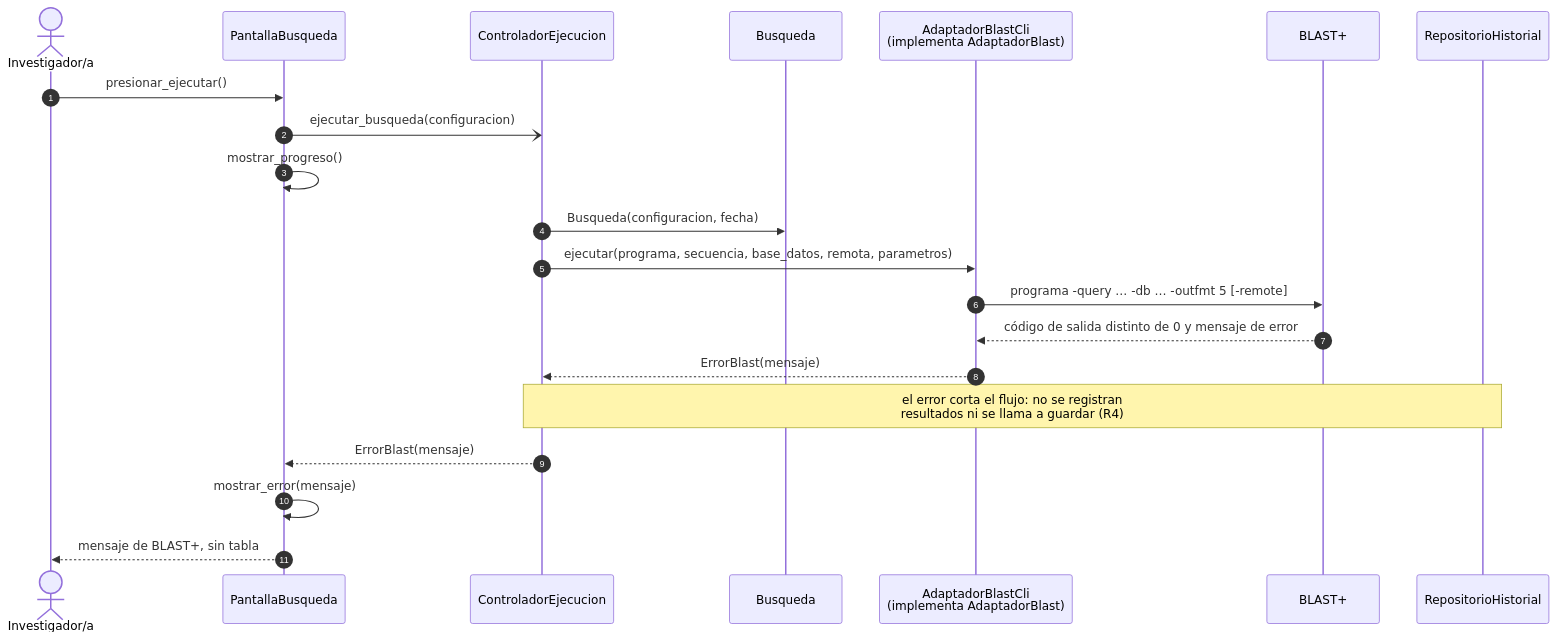
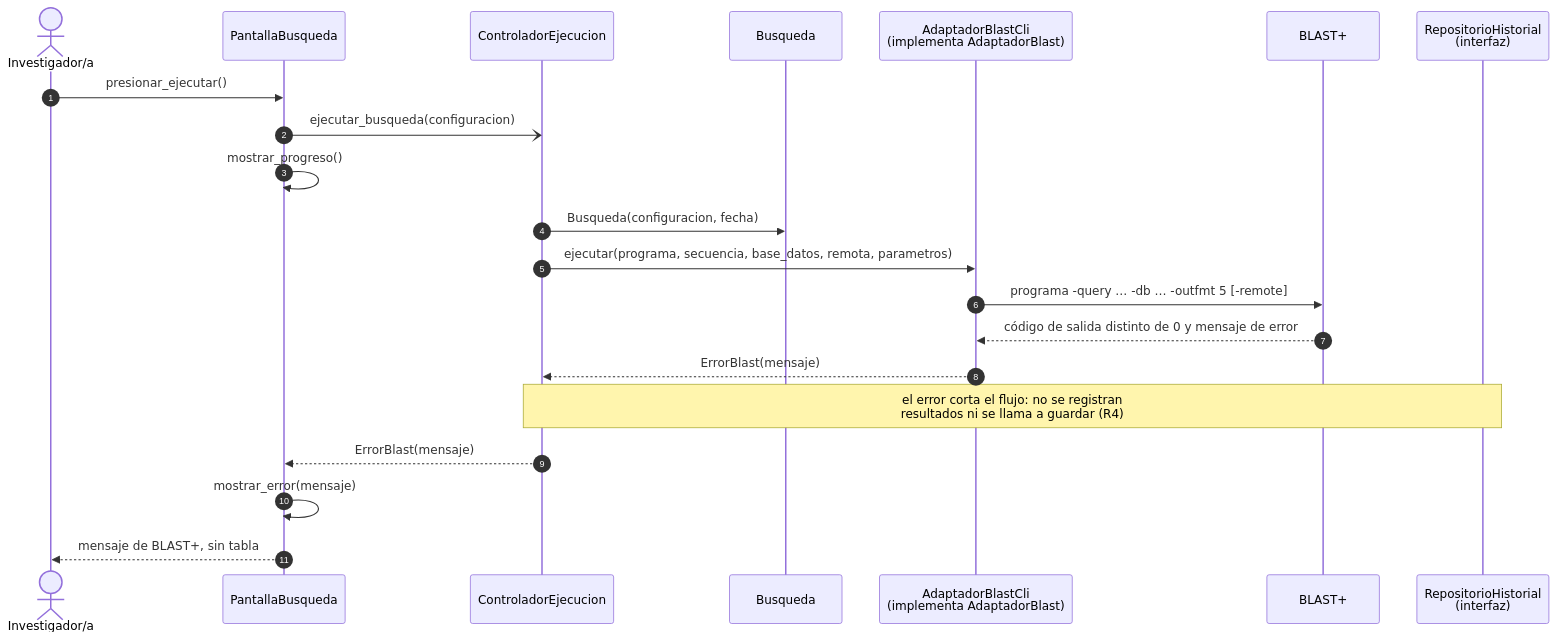
The fifth of 6 diagrams in docs/design/diseno-detallado.md (agwursten/Secondary-Repo-GUI-Blast), drawn with Mermaid before and after one commit. The commit also changed other lines of this file and 1 other file, not shown here.

````diff
--- a/docs/design/diseno-detallado.md
+++ b/docs/design/diseno-detallado.md
@@ -348,24 +356,24 @@
 ```mermaid
 sequenceDiagram
     autonumber
     actor Inv as Investigador/a
     participant UI as PantallaBusqueda
     participant CE as ControladorEjecucion
     participant B as Busqueda
     participant AB as AdaptadorBlastCli<br/>(implementa AdaptadorBlast)
     participant BL as BLAST+
-    participant RH as RepositorioHistorial
+    participant RH as RepositorioHistorial<br/>(interfaz)
 
     Inv->>UI: presionar_ejecutar()
     UI-)CE: ejecutar_busqueda(configuracion)
     UI->>UI: mostrar_progreso()
     CE->>B: Busqueda(configuracion, fecha)
     CE->>AB: ejecutar(programa, secuencia, base_datos, remota, parametros)
     AB->>BL: programa -query … -db … -outfmt 5 [-remote]
     BL-->>AB: código de salida distinto de 0 y mensaje de error
     AB-->>CE: ErrorBlast(mensaje)
     Note over CE,RH: el error corta el flujo: no se registran<br/>resultados ni se llama a guardar (R4)
     CE-->>UI: ErrorBlast(mensaje)
     UI->>UI: mostrar_error(mensaje)
     UI-->>Inv: mensaje de BLAST+, sin tabla
 ```
````
